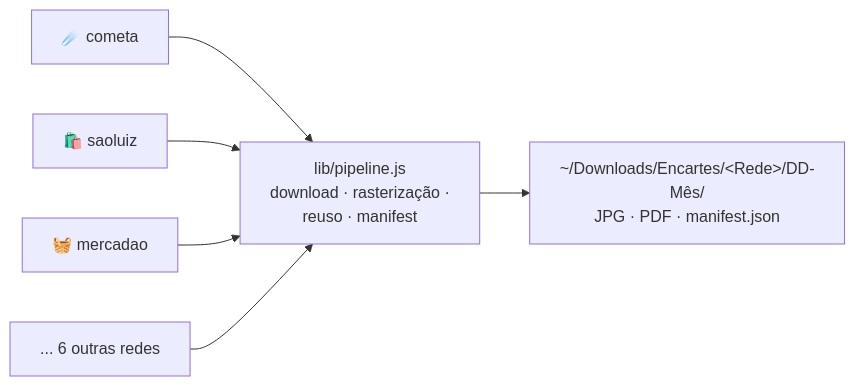
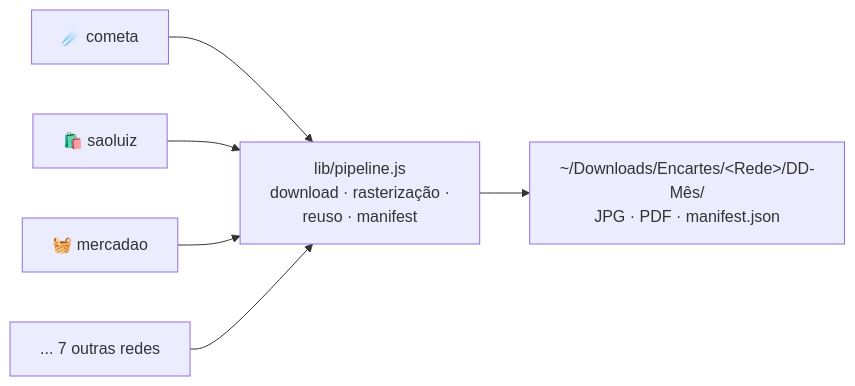
Before and after one commit to mouraod/promocoes-supermercados-fortaleza: the diagram in README.md, drawn with Mermaid. The commit also changed other lines of this file and 7 other files, not shown here.

````diff
--- a/README.md
+++ b/README.md
@@ -95,8 +97,8 @@
 ```mermaid
 flowchart LR
   C["☄️ cometa"] --> P["lib/pipeline.js<br>download · rasterização ·<br>reuso · manifest"]
   S["🛍️ saoluiz"] --> P
   M["🧺 mercadao"] --> P
-  X["... 6 outras redes"] --> P
+  X["... 7 outras redes"] --> P
   P --> O["~/Downloads/Encartes/&lt;Rede&gt;/DD-Mês/<br>JPG · PDF · manifest.json"]
 ```
````
